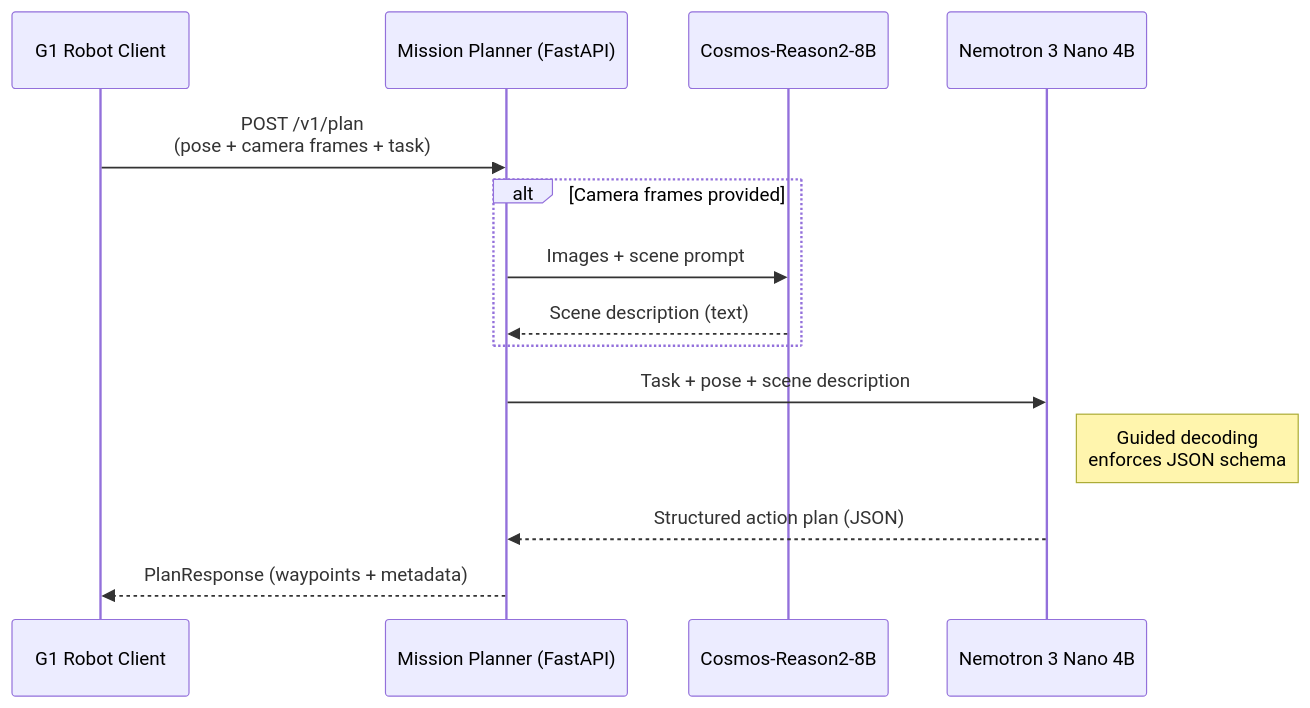
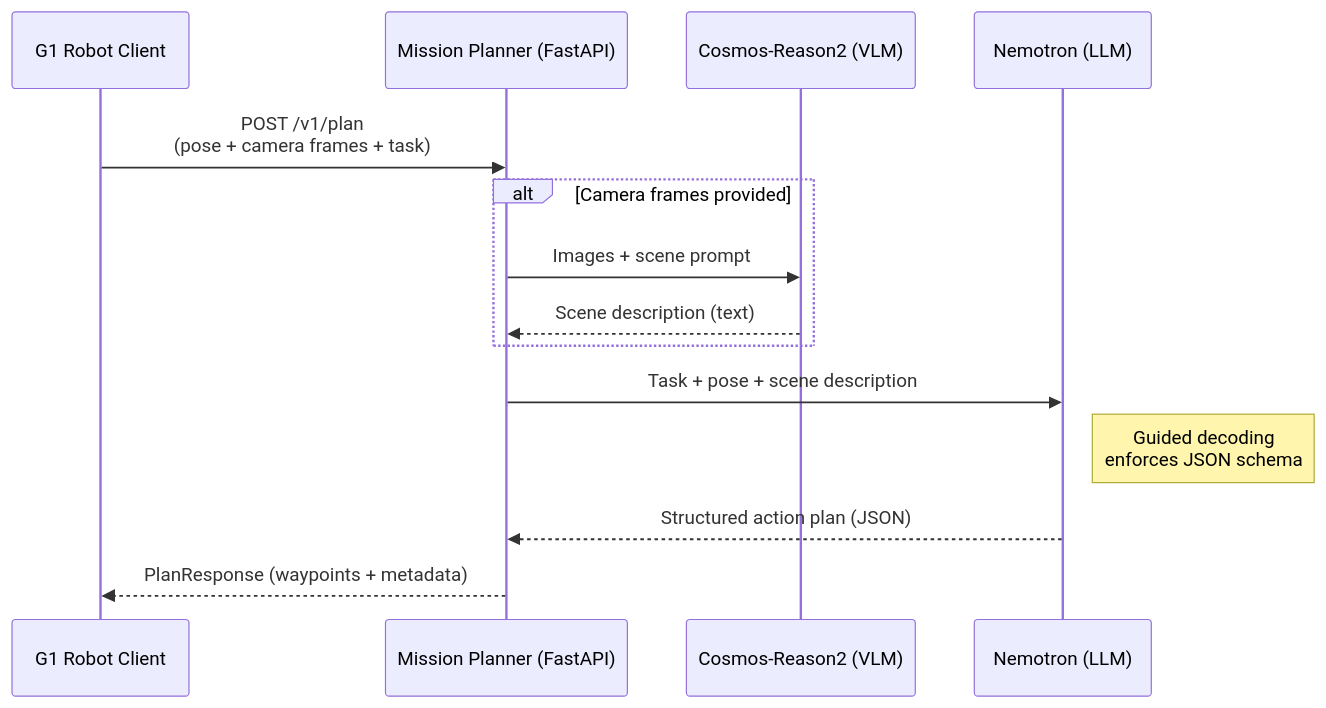
One commit to jeremyary/nvidia-industrial-mission-planner changed the diagram in README.md. Above: the diagram before and after it, drawn with Mermaid.

Commit message:
Remove model parameter sizes from diagram labels
Model variants are configurable — diagram should reference
model families, not specific sizes.

````diff
--- a/README.md
+++ b/README.md
@@ -12,20 +12,20 @@
 ```mermaid
 sequenceDiagram
     participant Robot as G1 Robot Client
     participant API as Mission Planner (FastAPI)
-    participant VLM as Cosmos-Reason2-8B
-    participant LLM as Nemotron 3 Nano 4B
+    participant VLM as Cosmos-Reason2 (VLM)
+    participant LLM as Nemotron (LLM)
 
     Robot->>API: POST /v1/plan<br/>(pose + camera frames + task)
 
     alt Camera frames provided
         API->>VLM: Images + scene prompt
         VLM-->>API: Scene description (text)
     end
 
     API->>LLM: Task + pose + scene description
     Note right of LLM: Guided decoding<br/>enforces JSON schema
     LLM-->>API: Structured action plan (JSON)
 
     API-->>Robot: PlanResponse (waypoints + metadata)
 ```
````
